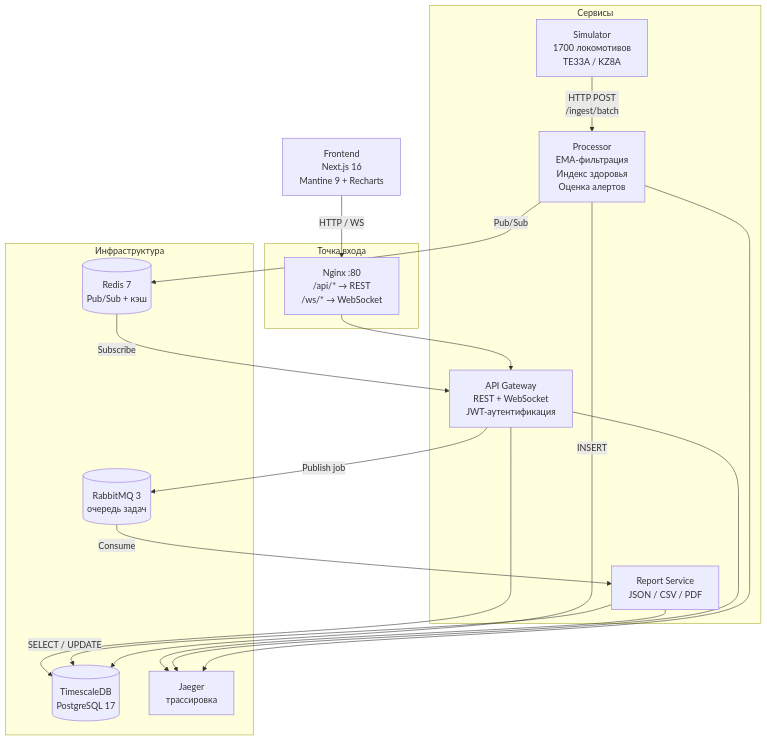
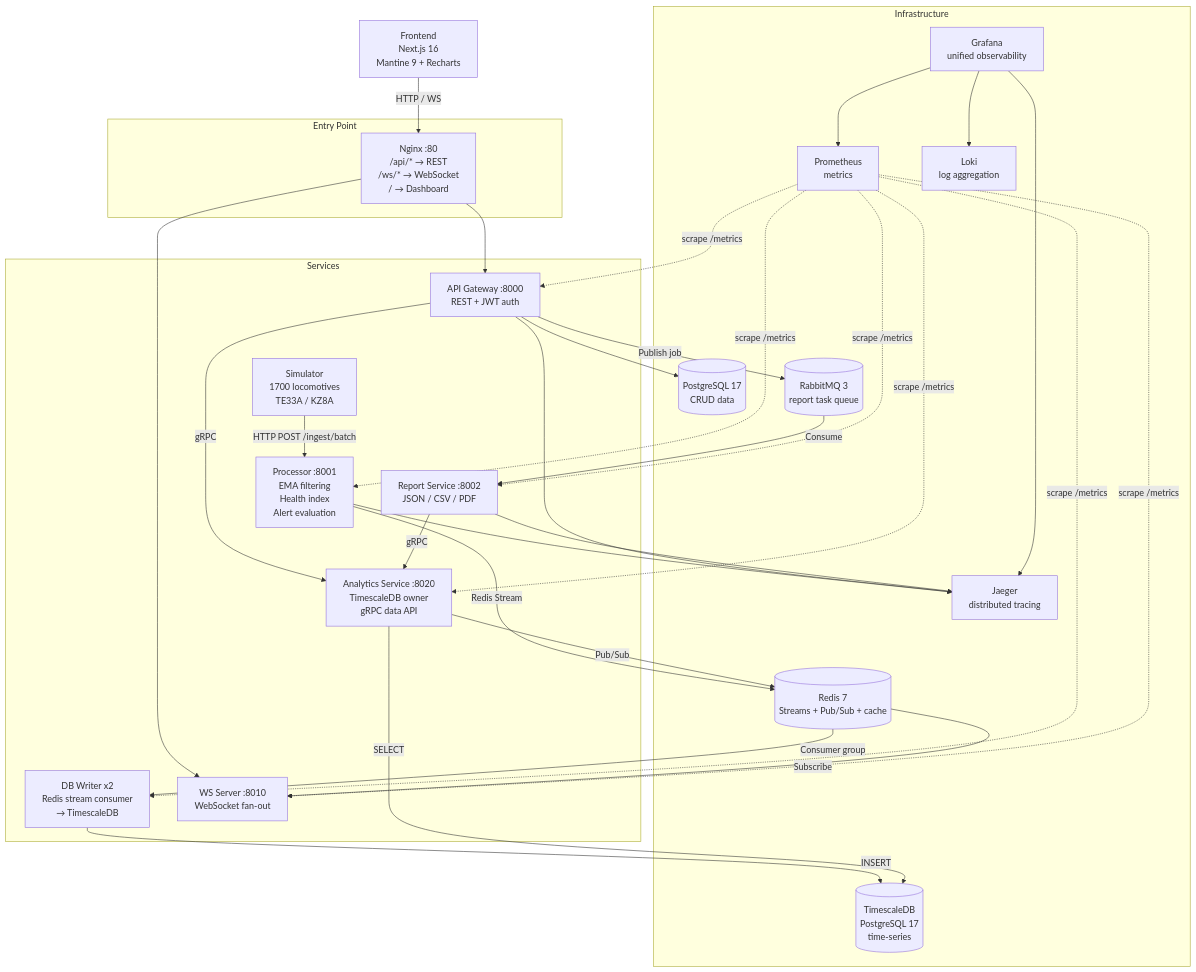
The diagram in README.md (thelol3882/hackathon_nu26), drawn with Mermaid before and after one commit. The commit also changed other lines of this file, not shown here.

First line of the commit message:
docs: rewrite README.md in English with updated architecture

````diff
--- a/README.md
+++ b/README.md
@@ -7,36 +7,57 @@
 ```mermaid
 graph TB
-    subgraph Инфраструктура
-        TimescaleDB[(TimescaleDB<br/>PostgreSQL 17)]
-        Redis[(Redis 7<br/>Pub/Sub + кэш)]
-        RabbitMQ[(RabbitMQ 3<br/>очередь задач)]
-        Jaeger[Jaeger<br/>трассировка]
+    subgraph Infrastructure
+        Postgres[(PostgreSQL 17<br/>CRUD data)]
+        TimescaleDB[(TimescaleDB<br/>PostgreSQL 17<br/>time-series)]
+        Redis[(Redis 7<br/>Streams + Pub/Sub + cache)]
+        RabbitMQ[(RabbitMQ 3<br/>report task queue)]
+        Jaeger[Jaeger<br/>distributed tracing]
+        Prometheus[Prometheus<br/>metrics]
+        Loki[Loki<br/>log aggregation]
+        Grafana[Grafana<br/>unified observability]
     end
 
-    subgraph Сервисы
-        Simulator[Simulator<br/>1700 локомотивов<br/>TE33A / KZ8A]
-        Processor[Processor<br/>EMA-фильтрация<br/>Индекс здоровья<br/>Оценка алертов]
-        Gateway[API Gateway<br/>REST + WebSocket<br/>JWT-аутентификация]
-        ReportService[Report Service<br/>JSON / CSV / PDF]
+    subgraph Services
+        Simulator[Simulator<br/>1700 locomotives<br/>TE33A / KZ8A]
+        Processor[Processor :8001<br/>EMA filtering<br/>Health index<br/>Alert evaluation]
+        DBWriter[DB Writer x2<br/>Redis stream consumer<br/>→ TimescaleDB]
+        AnalyticsService[Analytics Service :8020<br/>TimescaleDB owner<br/>gRPC data API]
+        Gateway[API Gateway :8000<br/>REST + JWT auth]
+        WSServer[WS Server :8010<br/>WebSocket fan-out]
+        ReportService[Report Service :8002<br/>JSON / CSV / PDF]
     end
 
-    subgraph Точка входа
-        Nginx[Nginx :80<br/>/api/* → REST<br/>/ws/* → WebSocket]
+    subgraph Entry Point
+        Nginx[Nginx :80<br/>/api/* → REST<br/>/ws/* → WebSocket<br/>/ → Dashboard]
     end
 
     Frontend[Frontend<br/>Next.js 16<br/>Mantine 9 + Recharts]
 
-    Simulator -->|HTTP POST<br/>/ingest/batch| Processor
-    Processor -->|INSERT| TimescaleDB
-    Processor -->|Pub/Sub| Redis
-    Redis -->|Subscribe| Gateway
+    Simulator -->|HTTP POST /ingest/batch| Processor
+    Processor -->|Redis Stream| Redis
+    Redis -->|Consumer group| DBWriter
+    DBWriter -->|INSERT| TimescaleDB
+    AnalyticsService -->|SELECT| TimescaleDB
+    AnalyticsService -->|Pub/Sub| Redis
+    Redis -->|Subscribe| WSServer
+    Gateway -->|gRPC| AnalyticsService
     Gateway -->|Publish job| RabbitMQ
+    Gateway --> Postgres
     RabbitMQ -->|Consume| ReportService
-    ReportService -->|SELECT / UPDATE| TimescaleDB
+    ReportService -->|gRPC| AnalyticsService
     Processor --> Jaeger
     Gateway --> Jaeger
     ReportService --> Jaeger
-    Gateway --> TimescaleDB
     Nginx --> Gateway
+    Nginx --> WSServer
     Frontend -->|HTTP / WS| Nginx
+    Prometheus -.->|scrape /metrics| Processor
+    Prometheus -.->|scrape /metrics| Gateway
+    Prometheus -.->|scrape /metrics| ReportService
+    Prometheus -.->|scrape /metrics| DBWriter
+    Prometheus -.->|scrape /metrics| WSServer
+    Prometheus -.->|scrape /metrics| AnalyticsService
+    Grafana --> Prometheus
+    Grafana --> Jaeger
+    Grafana --> Loki
 ```
````
